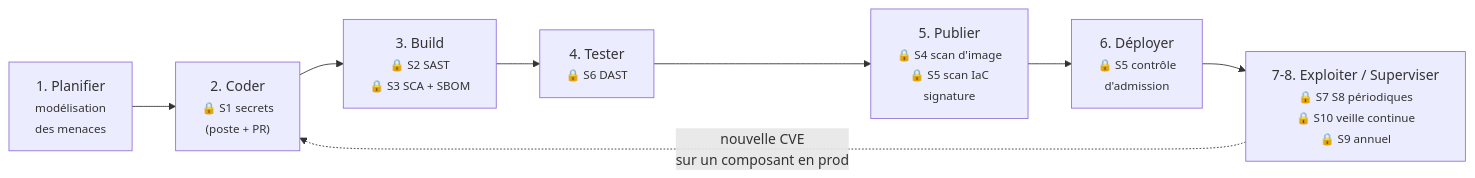
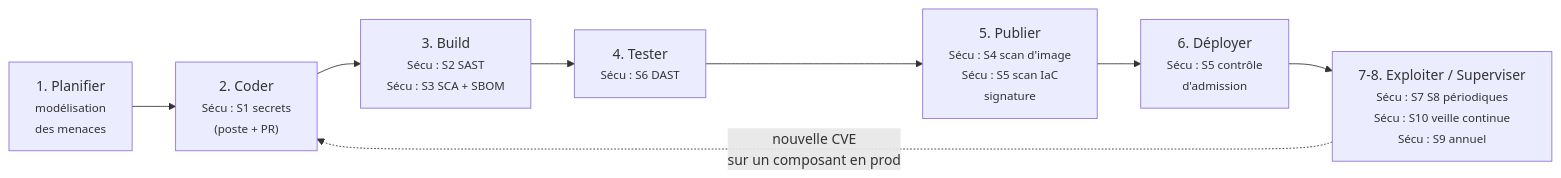
Before and after one commit to ALD3X/CESI_B3_Collab: the first of 2 diagrams in docs/securite/US-07.2_controles_scans.md, drawn with Mermaid. The commit also changed other lines of this file and 18 other files, not shown here.

````diff
--- a/docs/securite/US-07.2_controles_scans.md
+++ b/docs/securite/US-07.2_controles_scans.md
@@ -30,12 +30,12 @@
 ```mermaid
 flowchart LR
     P["1. Planifier<br/><small>modélisation<br/>des menaces</small>"]
-    C["2. Coder<br/><small>🔒 S1 secrets<br/>(poste + PR)</small>"]
-    B["3. Build<br/><small>🔒 S2 SAST<br/>🔒 S3 SCA + SBOM</small>"]
-    T["4. Tester<br/><small>🔒 S6 DAST</small>"]
-    R["5. Publier<br/><small>🔒 S4 scan d'image<br/>🔒 S5 scan IaC<br/>signature</small>"]
-    D["6. Déployer<br/><small>🔒 S5 contrôle<br/>d'admission</small>"]
-    O["7-8. Exploiter / Superviser<br/><small>🔒 S7 S8 périodiques<br/>🔒 S10 veille continue<br/>🔒 S9 annuel</small>"]
+    C["2. Coder<br/><small>Sécu : S1 secrets<br/>(poste + PR)</small>"]
+    B["3. Build<br/><small>Sécu : S2 SAST<br/>Sécu : S3 SCA + SBOM</small>"]
+    T["4. Tester<br/><small>Sécu : S6 DAST</small>"]
+    R["5. Publier<br/><small>Sécu : S4 scan d'image<br/>Sécu : S5 scan IaC<br/>signature</small>"]
+    D["6. Déployer<br/><small>Sécu : S5 contrôle<br/>d'admission</small>"]
+    O["7-8. Exploiter / Superviser<br/><small>Sécu : S7 S8 périodiques<br/>Sécu : S10 veille continue<br/>Sécu : S9 annuel</small>"]
     P --> C --> B --> T --> R --> D --> O
     O -. "nouvelle CVE<br/>sur un composant en prod" .-> C
 ```
````
